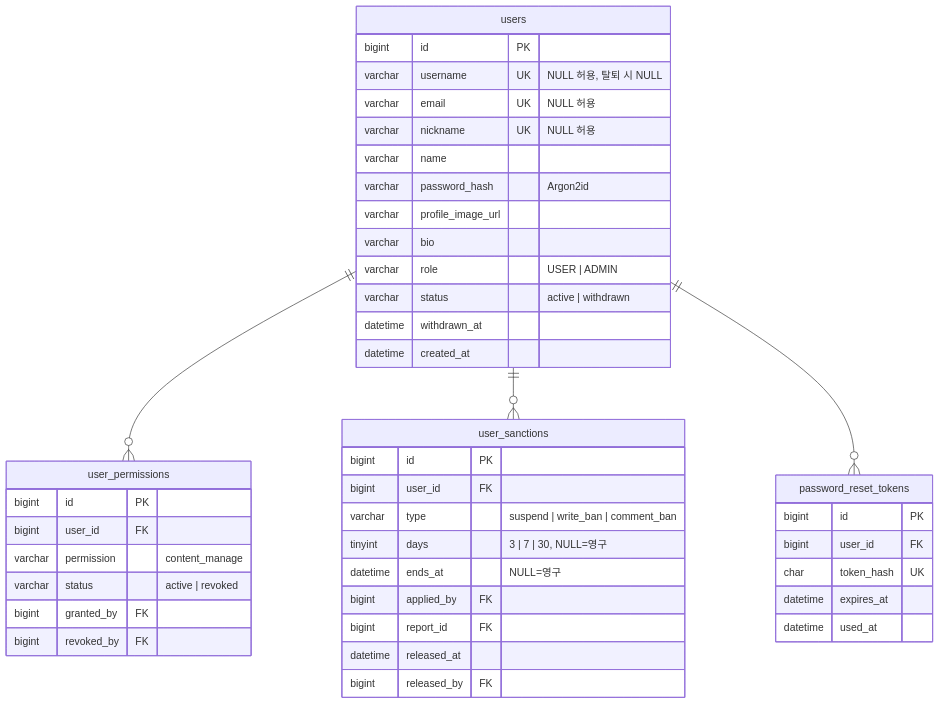
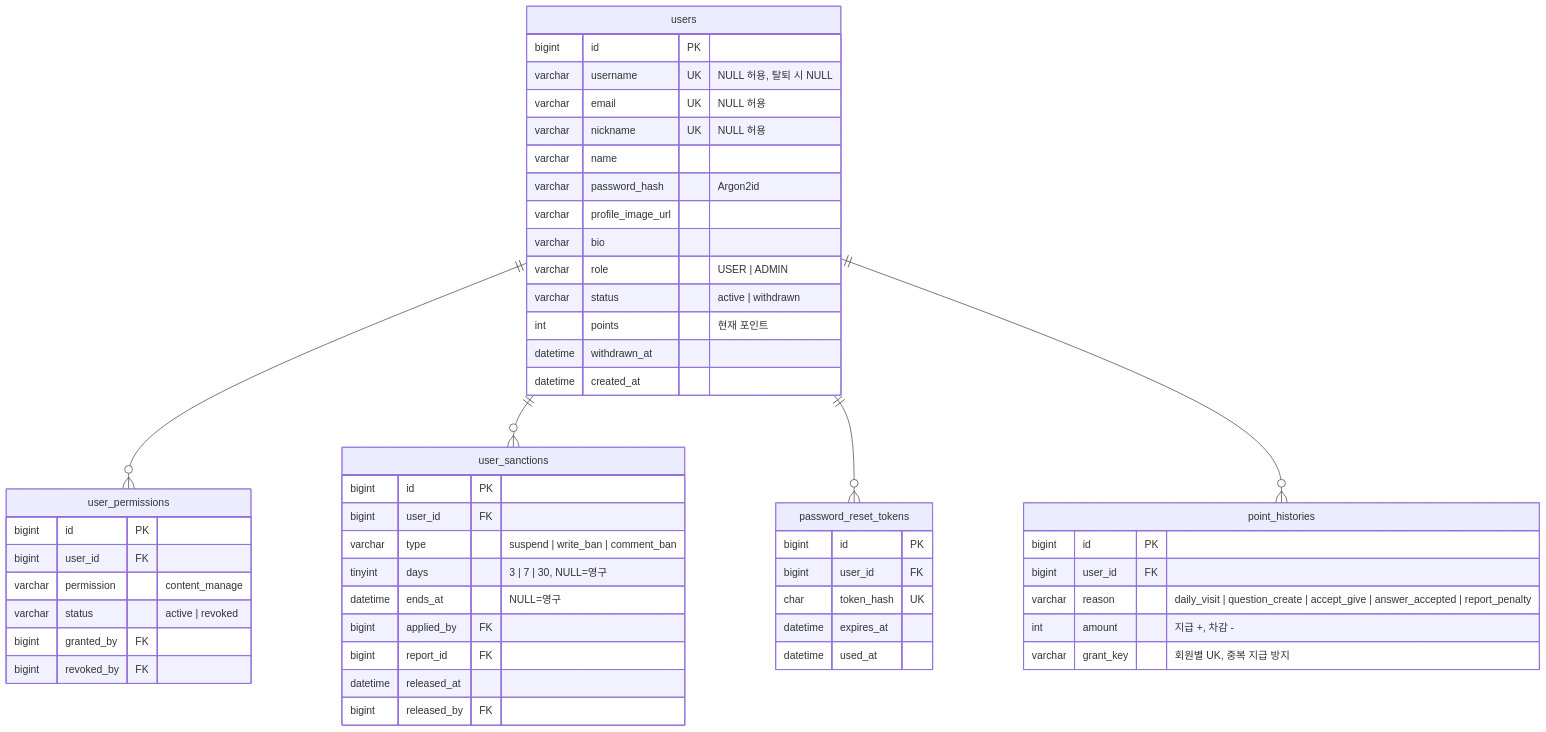
Before and after one commit to likelion-backendschool-11st/basic-project-1team: the second of 4 diagrams in docs/04-db-design.md, drawn with Mermaid. The commit also changed other lines of this file and 2 other files, not shown here.

First line of the commit message:
docs: 포인트·등급 기능(D-8) 요구사항·DB 설계·API 명세 추가

````diff
--- a/docs/04-db-design.md
+++ b/docs/04-db-design.md
@@ -97,46 +101,55 @@
 ```mermaid
 erDiagram
     users {
         bigint id PK
         varchar username UK "NULL 허용, 탈퇴 시 NULL"
         varchar email UK "NULL 허용"
         varchar nickname UK "NULL 허용"
         varchar name
         varchar password_hash "Argon2id"
         varchar profile_image_url
         varchar bio
         varchar role "USER | ADMIN"
         varchar status "active | withdrawn"
+        int points "현재 포인트"
         datetime withdrawn_at
         datetime created_at
+    }
+    point_histories {
+        bigint id PK
+        bigint user_id FK
+        varchar reason "daily_visit | question_create | accept_give | answer_accepted | report_penalty"
+        int amount "지급 +, 차감 -"
+        varchar grant_key "회원별 UK, 중복 지급 방지"
     }
     user_permissions {
         bigint id PK
         bigint user_id FK
         varchar permission "content_manage"
         varchar status "active | revoked"
         bigint granted_by FK
         bigint revoked_by FK
     }
     user_sanctions {
         bigint id PK
         bigint user_id FK
         varchar type "suspend | write_ban | comment_ban"
         tinyint days "3 | 7 | 30, NULL=영구"
         datetime ends_at "NULL=영구"
         bigint applied_by FK
         bigint report_id FK
         datetime released_at
         bigint released_by FK
     }
     password_reset_tokens {
         bigint id PK
         bigint user_id FK
         char token_hash UK
         datetime expires_at
         datetime used_at
     }
     users ||--o{ user_permissions : ""
     users ||--o{ user_sanctions : ""
     users ||--o{ password_reset_tokens : ""
+    users ||--o{ point_histories : ""
 ```
````
